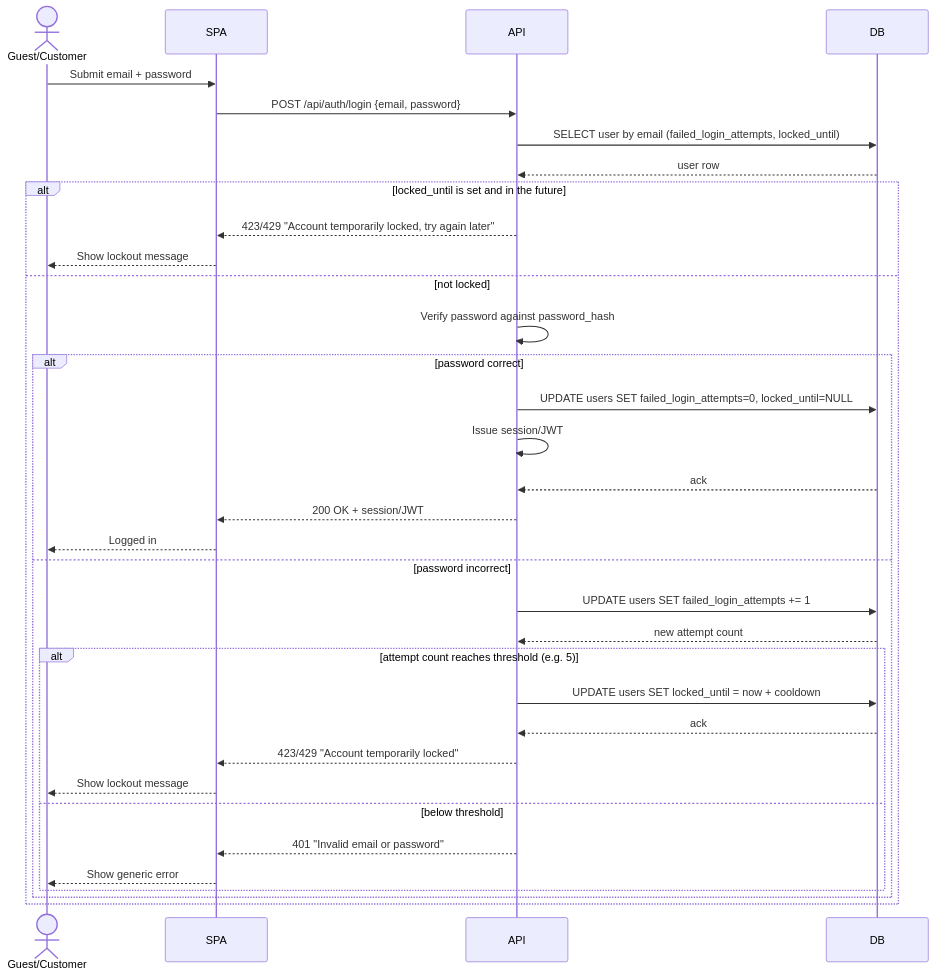
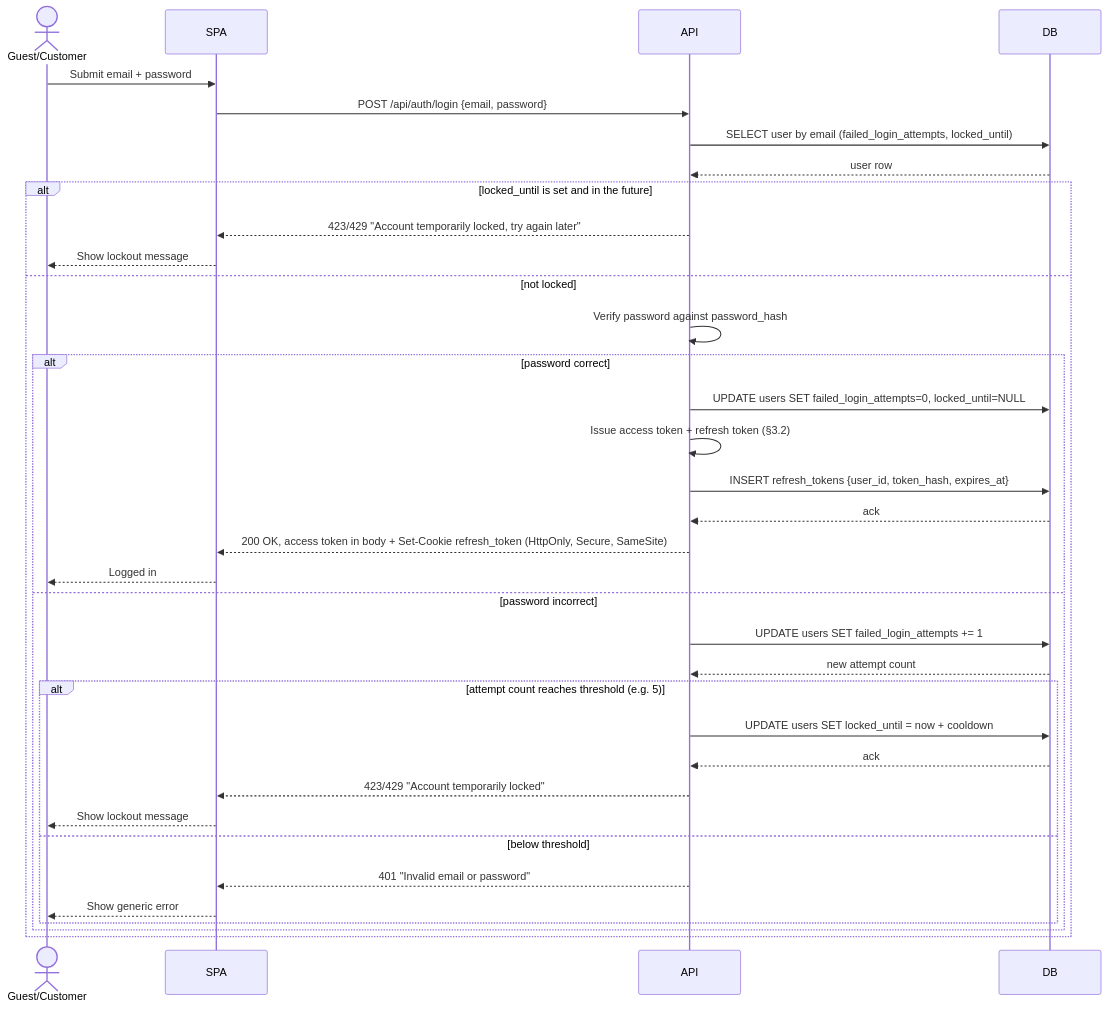
Diagram 11 of 12 in DESIGN.md (eweinmanepam/Remediation-Engineer-Sample-Application), drawn with Mermaid before and after one commit. The commit also changed other lines of this file, not shown here.

First line of the commit message:
Address JWT token-theft risk in the login/session design

````diff
--- a/DESIGN.md
+++ b/DESIGN.md
@@ -620,40 +651,41 @@
 ```mermaid
 sequenceDiagram
     actor User as Guest/Customer
     participant SPA
     participant API
     participant DB
 
     User->>SPA: Submit email + password
     SPA->>API: POST /api/auth/login {email, password}
     API->>DB: SELECT user by email (failed_login_attempts, locked_until)
     DB-->>API: user row
 
     alt locked_until is set and in the future
         API-->>SPA: 423/429 "Account temporarily locked, try again later"
         SPA-->>User: Show lockout message
     else not locked
         API->>API: Verify password against password_hash
 
         alt password correct
             API->>DB: UPDATE users SET failed_login_attempts=0, locked_until=NULL
-            API->>API: Issue session/JWT
+            API->>API: Issue access token + refresh token (§3.2)
+            API->>DB: INSERT refresh_tokens {user_id, token_hash, expires_at}
             DB-->>API: ack
-            API-->>SPA: 200 OK + session/JWT
+            API-->>SPA: 200 OK, access token in body + Set-Cookie refresh_token (HttpOnly, Secure, SameSite)
             SPA-->>User: Logged in
         else password incorrect
             API->>DB: UPDATE users SET failed_login_attempts += 1
             DB-->>API: new attempt count
 
             alt attempt count reaches threshold (e.g. 5)
                 API->>DB: UPDATE users SET locked_until = now + cooldown
                 DB-->>API: ack
                 API-->>SPA: 423/429 "Account temporarily locked"
                 SPA-->>User: Show lockout message
             else below threshold
                 API-->>SPA: 401 "Invalid email or password"
                 SPA-->>User: Show generic error
             end
         end
     end
 ```
````
